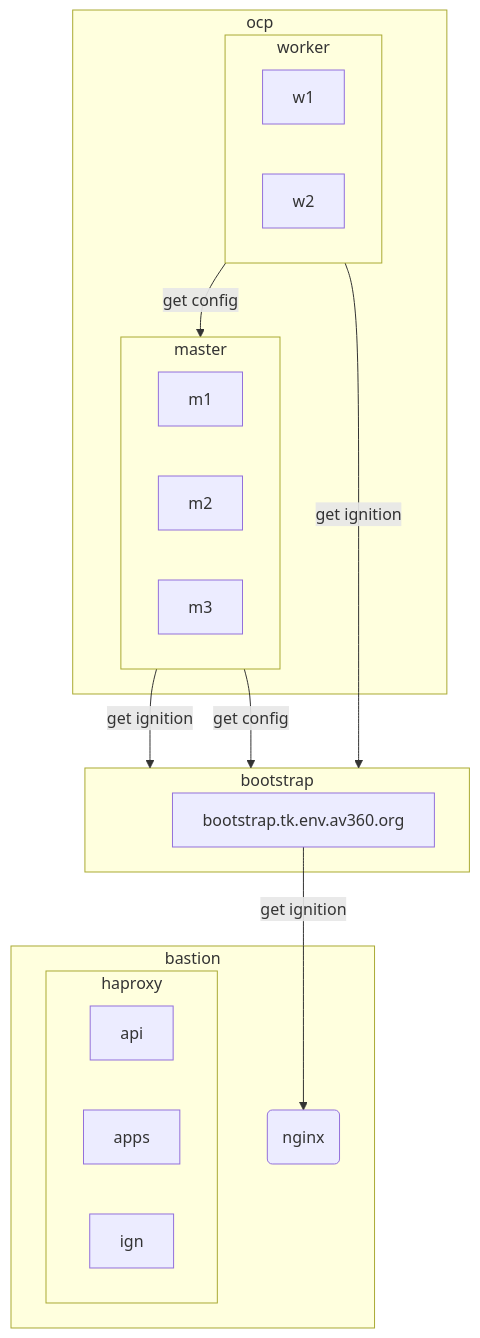
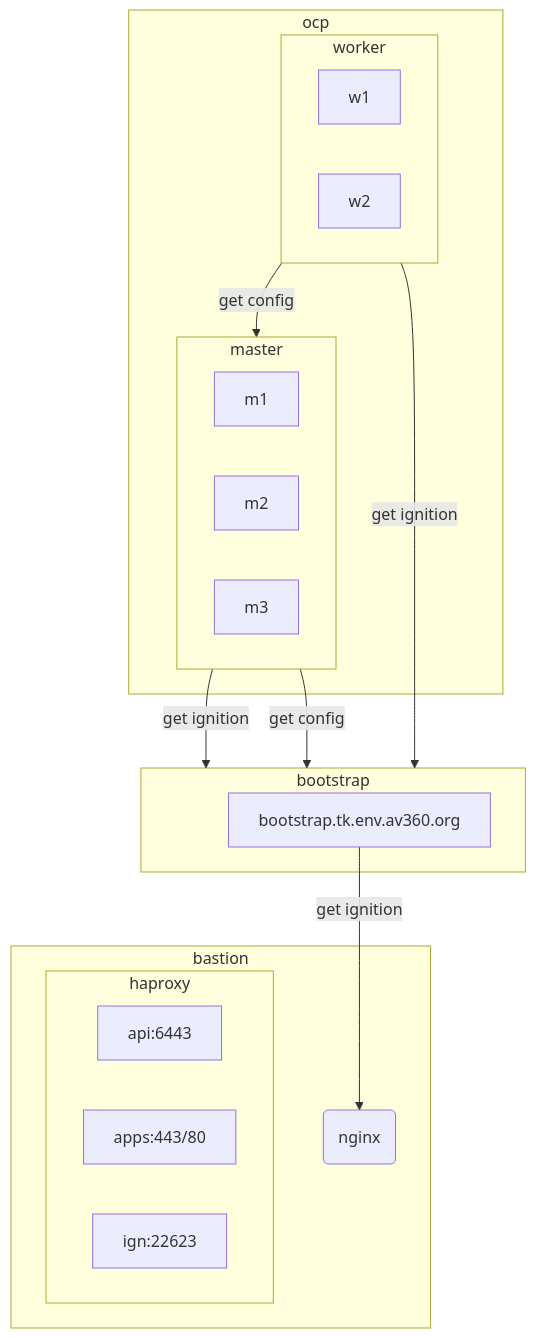
The diagram in README.md (tkops/ocp4), drawn with Mermaid before and after one commit.

````diff
--- a/README.md
+++ b/README.md
@@ -3,27 +3,27 @@
 ```mermaid
 flowchart TD
     subgraph ocp
        subgraph master
            m1;m2;m3
         end
         subgraph worker
           w1;w2
         end
     end
     subgraph bootstrap
       b1[bootstrap.tk.env.av360.org]
     end
     subgraph bastion
       n1(nginx)
       subgraph haproxy
-         api;apps;ign
+         api:6443;apps:443/80;ign:22623
       end
     end
     b1 --get ignition--> n1
     master --get ignition--> bootstrap
     master --get config--> bootstrap
     worker --get ignition--> bootstrap
     worker --get config--> master
 
     
 ```
````
